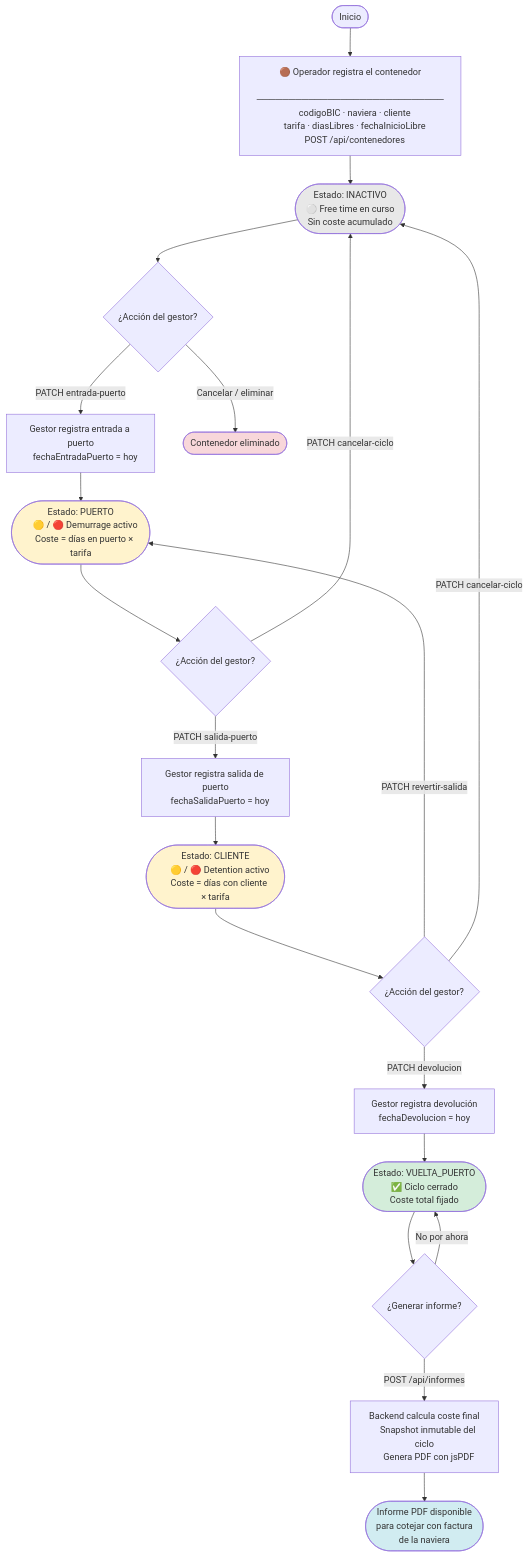
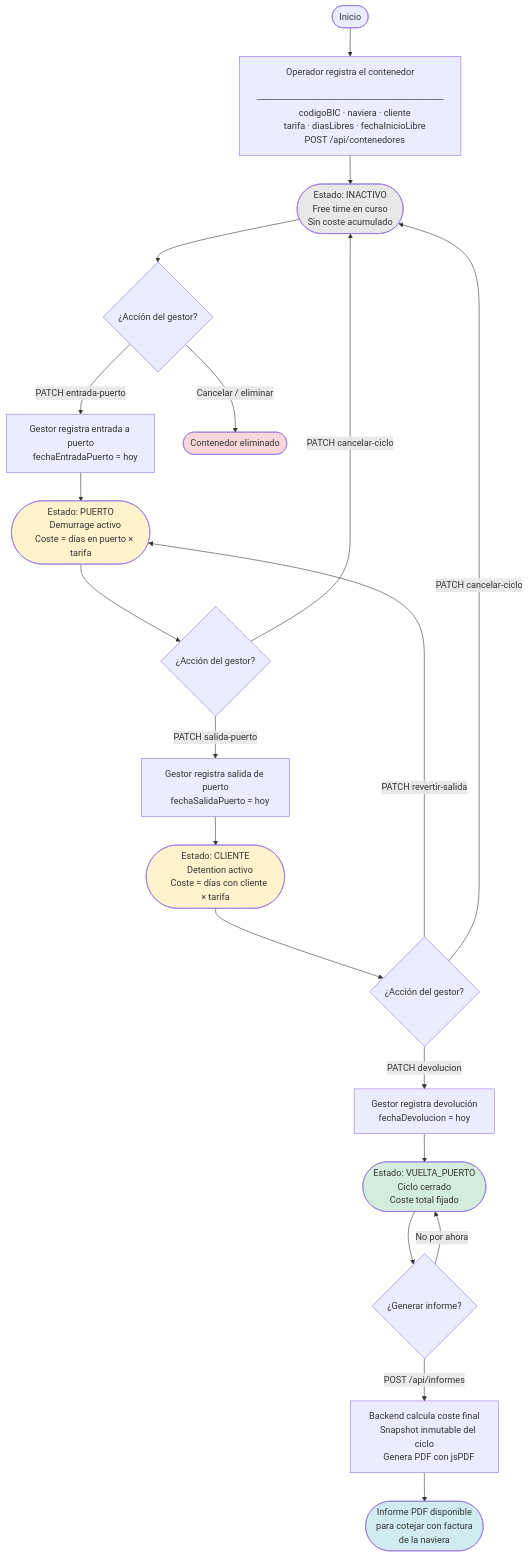
One commit to Agsergio04/Fluster changed the third of 6 diagrams in docs/05-diseno.md. Above: the diagram before and after it, drawn with Mermaid. The commit also changed other lines of this file and 4 other files, not shown here.

````diff
--- a/docs/05-diseno.md
+++ b/docs/05-diseno.md
@@ -372,61 +372,61 @@
 ```mermaid
 flowchart TD
     START([Inicio]) --> A
 
-    A["🟤 Operador registra el contenedor
+    A["Operador registra el contenedor
     ─────────────────────────────
     codigoBIC · naviera · cliente
     tarifa · diasLibres · fechaInicioLibre
     POST /api/contenedores"]
 
     A --> B(["Estado: INACTIVO
-    ⚪ Free time en curso
+    Free time en curso
     Sin coste acumulado"])
 
     B --> C{"¿Acción del gestor?"}
 
     C -->|"PATCH entrada-puerto"| D["Gestor registra entrada a puerto
     fechaEntradaPuerto = hoy"]
     C -->|"Cancelar / eliminar"| Z(["Contenedor eliminado"])
 
     D --> E(["Estado: PUERTO
-    🟡 / 🔴 Demurrage activo
+    Demurrage activo
     Coste = días en puerto × tarifa"])
 
     E --> F{"¿Acción del gestor?"}
 
     F -->|"PATCH salida-puerto"| G["Gestor registra salida de puerto
     fechaSalidaPuerto = hoy"]
     F -->|"PATCH cancelar-ciclo"| B
 
     G --> H(["Estado: CLIENTE
-    🟡 / 🔴 Detention activo
+    Detention activo
     Coste = días con cliente × tarifa"])
 
     H --> I{"¿Acción del gestor?"}
 
     I -->|"PATCH revertir-salida"| E
     I -->|"PATCH devolucion"| J["Gestor registra devolución
     fechaDevolucion = hoy"]
     I -->|"PATCH cancelar-ciclo"| B
 
     J --> K(["Estado: VUELTA_PUERTO
-    ✅ Ciclo cerrado
+    Ciclo cerrado
     Coste total fijado"])
 
     K --> L{"¿Generar informe?"}
     L -->|"POST /api/informes"| M["Backend calcula coste final
     Snapshot inmutable del ciclo
     Genera PDF con jsPDF"]
     M --> N(["Informe PDF disponible
     para cotejar con factura
     de la naviera"])
     L -->|No por ahora| K
 
     style B   fill:#e8e8e8,color:#333
     style E   fill:#fff3cd,color:#333
     style H   fill:#fff3cd,color:#333
     style K   fill:#d4edda,color:#333
     style Z   fill:#f8d7da,color:#333
     style N   fill:#d1ecf1,color:#333
 ```
````
